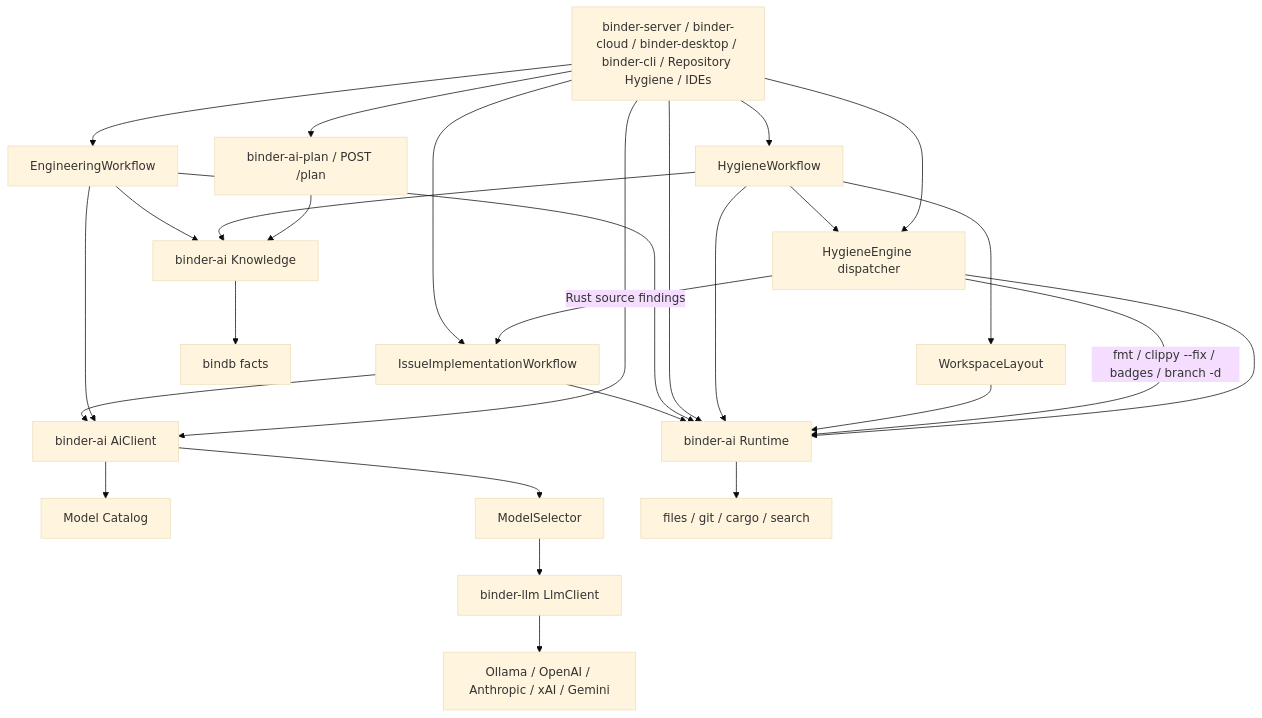
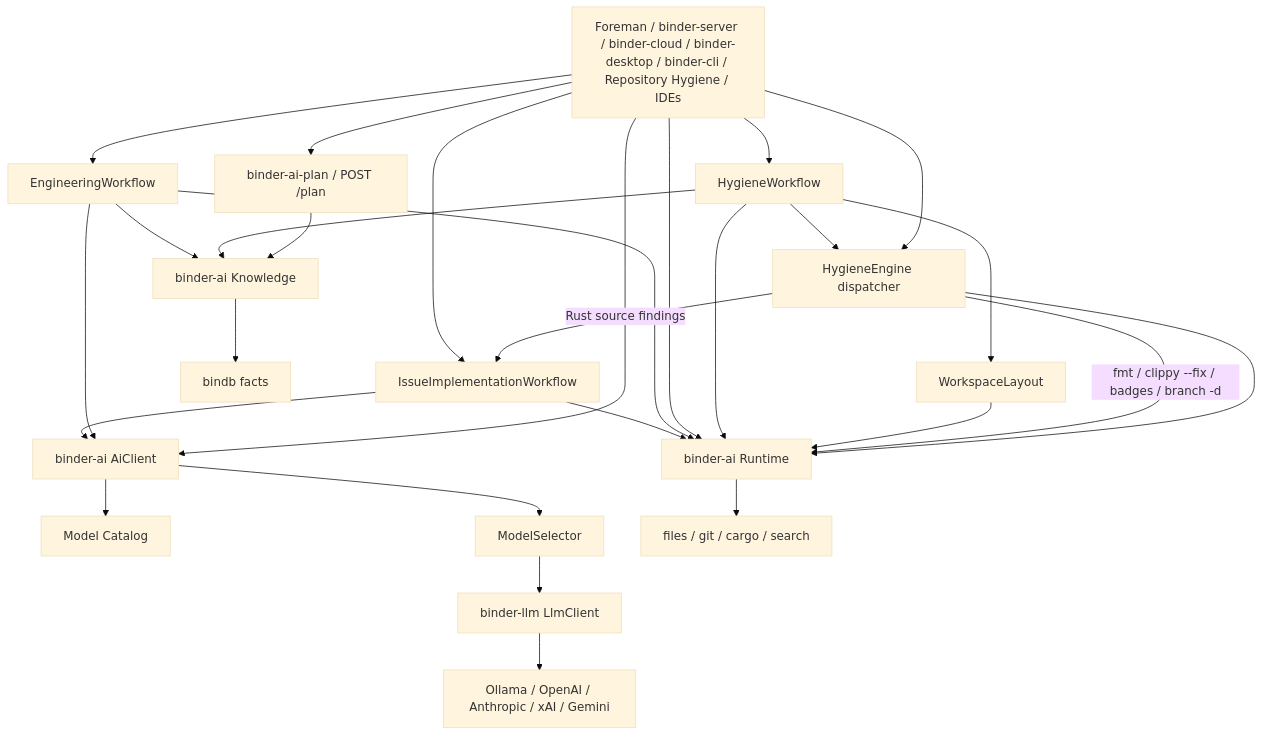
One commit to dpkimball/binder-ai changed the diagram in docs/as-built/architecture.md. Above: the diagram before and after it, drawn with Mermaid (base theme). The commit also changed other lines of this file, not shown here.

First line of the commit message:
docs: record Foreman as a hygiene_apply consumer

````diff
--- a/docs/as-built/architecture.md
+++ b/docs/as-built/architecture.md
@@ -5,46 +5,46 @@
 ```mermaid
 flowchart TD
-  apps["binder-server / binder-cloud / binder-desktop / binder-cli / Repository Hygiene / IDEs"]
+  apps["Foreman / binder-server / binder-cloud / binder-desktop / binder-cli / Repository Hygiene / IDEs"]
   intel["binder-ai-plan / POST /plan"]
   ai["binder-ai AiClient"]
   runtime["binder-ai Runtime"]
   knowledge["binder-ai Knowledge"]
   resolve["WorkspaceLayout"]
   bindb["bindb facts"]
   hygiene["HygieneEngine dispatcher"]
   hygieneWf["HygieneWorkflow"]
   wf["IssueImplementationWorkflow"]
   eng["EngineeringWorkflow"]
   catalog["Model Catalog"]
   selector["ModelSelector"]
   llm["binder-llm LlmClient"]
   providers["Ollama / OpenAI / Anthropic / xAI / Gemini"]
   env["files / git / cargo / search"]
   apps --> intel
   intel --> knowledge
   apps --> hygiene
   hygiene --> runtime
   hygiene -->|"Rust source findings"| wf
   hygiene -->|"fmt / clippy --fix / badges / branch -d"| runtime
   apps --> hygieneWf
   hygieneWf --> knowledge
   hygieneWf --> resolve
   resolve --> runtime
   hygieneWf --> hygiene
   hygieneWf --> runtime
   apps --> ai
   apps --> runtime
   apps --> wf
   apps --> eng
   eng --> knowledge
   knowledge --> bindb
   eng --> ai
   eng --> runtime
   wf --> ai
   wf --> runtime
   ai --> catalog
   ai --> selector
   selector --> llm
   llm --> providers
   runtime --> env
 ```
````
